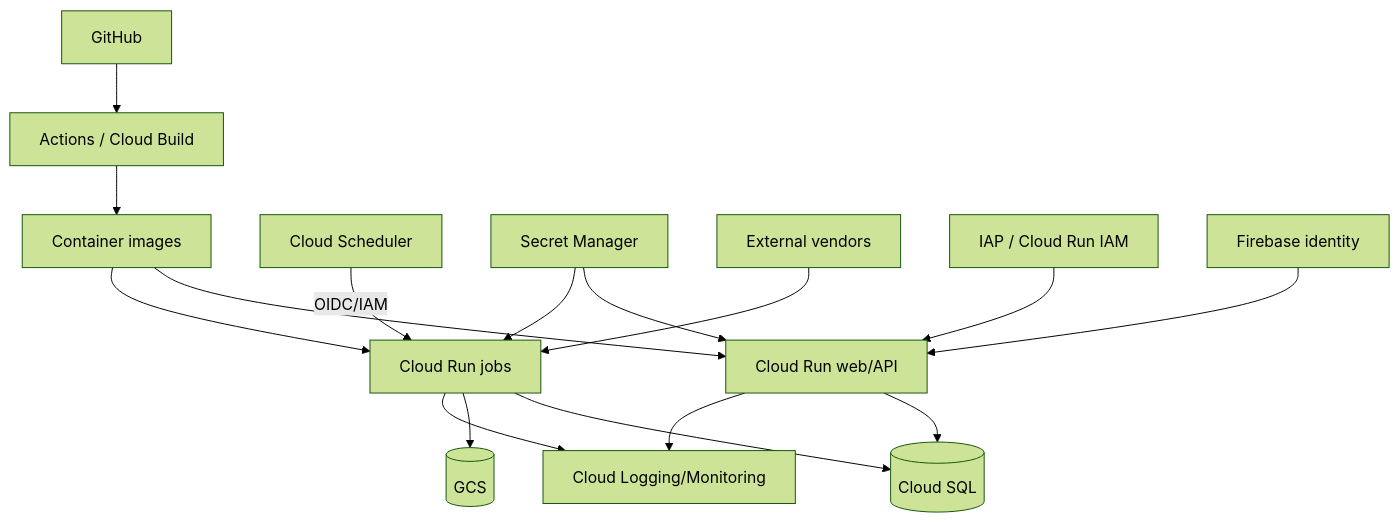
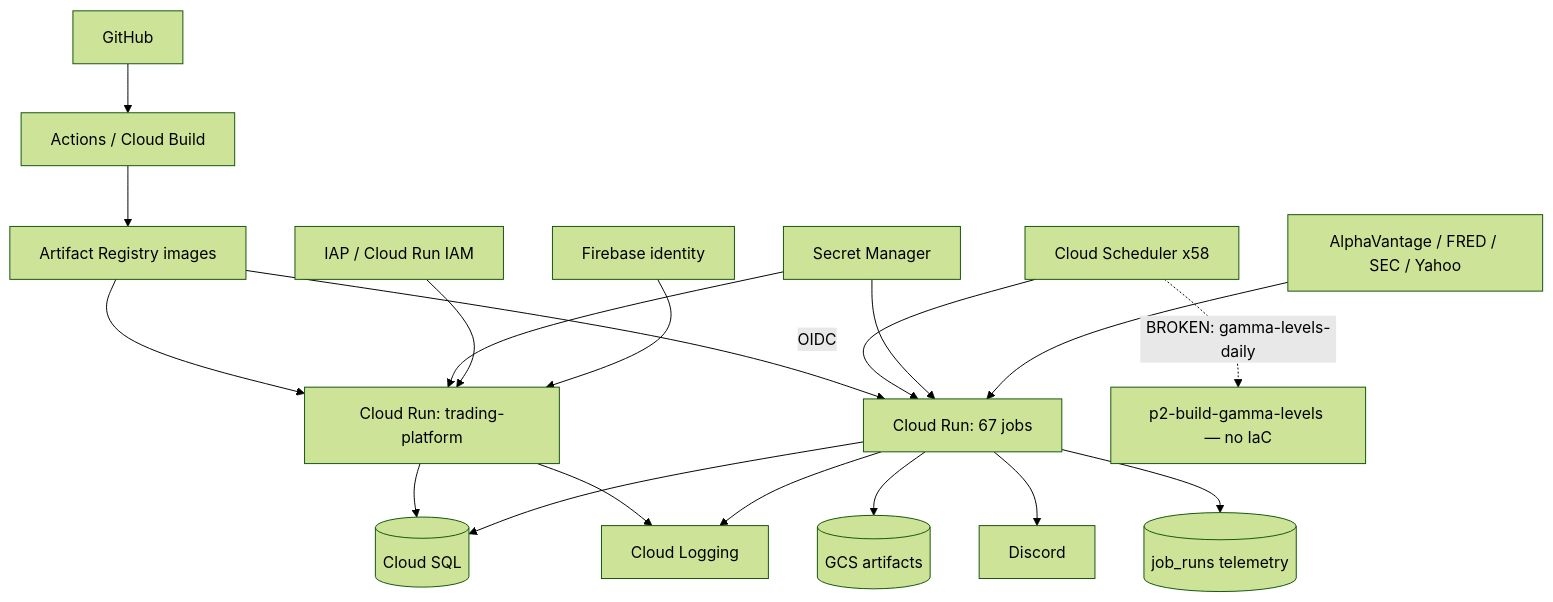
The diagram in docs/product/05-INFRASTRUCTURE.md (TeneikaAskew/stocks), drawn with Mermaid (forest theme) before and after one commit. The commit also changed other lines of this file and 16 other files, not shown here.

````diff
--- a/docs/product/05-INFRASTRUCTURE.md
+++ b/docs/product/05-INFRASTRUCTURE.md
@@ -22,18 +169,21 @@
 ```mermaid
 flowchart TB
  GH[GitHub] --> CI[Actions / Cloud Build]
- CI --> IMG[Container images]
- IMG --> WEB[Cloud Run web/API]
- IMG --> JOB[Cloud Run jobs]
- SCH[Cloud Scheduler] -->|OIDC/IAM| JOB
+ CI --> IMG[Artifact Registry images]
+ IMG --> WEB[Cloud Run: trading-platform]
+ IMG --> JOB[Cloud Run: 67 jobs]
+ SCH[Cloud Scheduler x58] -->|OIDC| JOB
+ SCH -.->|BROKEN: gamma-levels-daily| MISSING[p2-build-gamma-levels — no IaC]
  SM[Secret Manager] --> WEB
  SM --> JOB
  WEB --> SQL[(Cloud SQL)]
  JOB --> SQL
- JOB --> GCS[(GCS)]
- V[External vendors] --> JOB
+ JOB --> GCS[(GCS artifacts)]
+ V[AlphaVantage / FRED / SEC / Yahoo] --> JOB
+ JOB --> DISCORD[Discord]
  IAP[IAP / Cloud Run IAM] --> WEB
  FB[Firebase identity] --> WEB
- WEB --> LOG[Cloud Logging/Monitoring]
+ WEB --> LOG[Cloud Logging]
  JOB --> LOG
+ JOB --> JR[(job_runs telemetry)]
 ```
````
